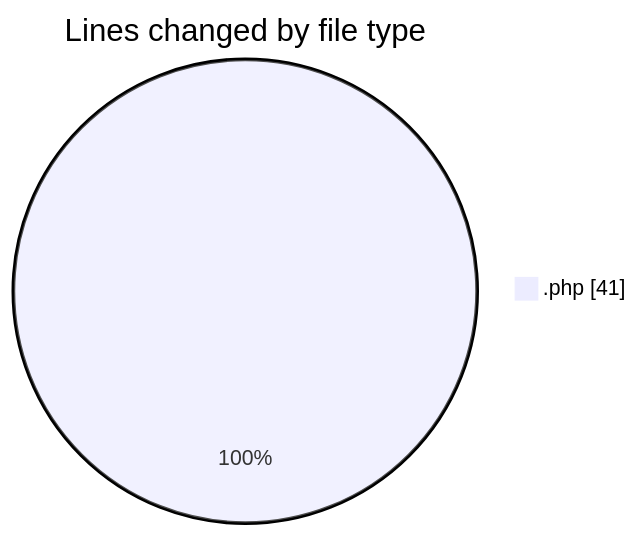
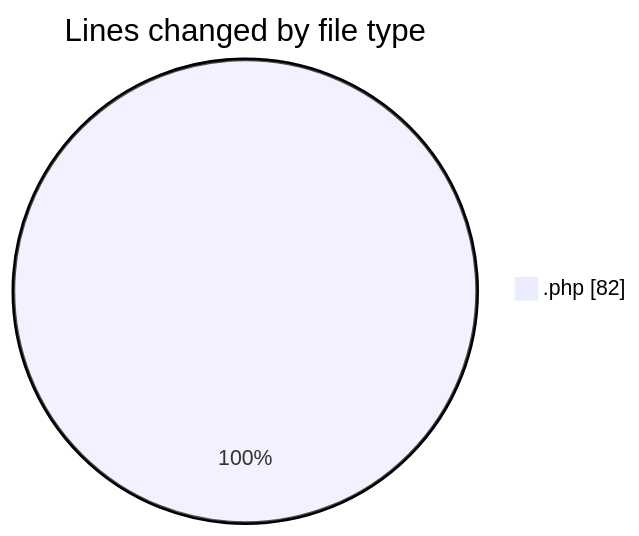
One commit to vahidmafi/code-tracking changed the first of 2 diagrams in 2025-01-31/zeytoon/README.md. Above: the diagram before and after it, drawn with Mermaid. The commit also changed other lines of this file and 1 other file, not shown here.

````diff
--- a/2025-01-31/zeytoon/README.md
+++ b/2025-01-31/zeytoon/README.md
@@ -20,5 +20,5 @@
 ```mermaid
 pie showData
 title Lines changed by file type
-".php" : 41
+".php" : 82
 ```
````
